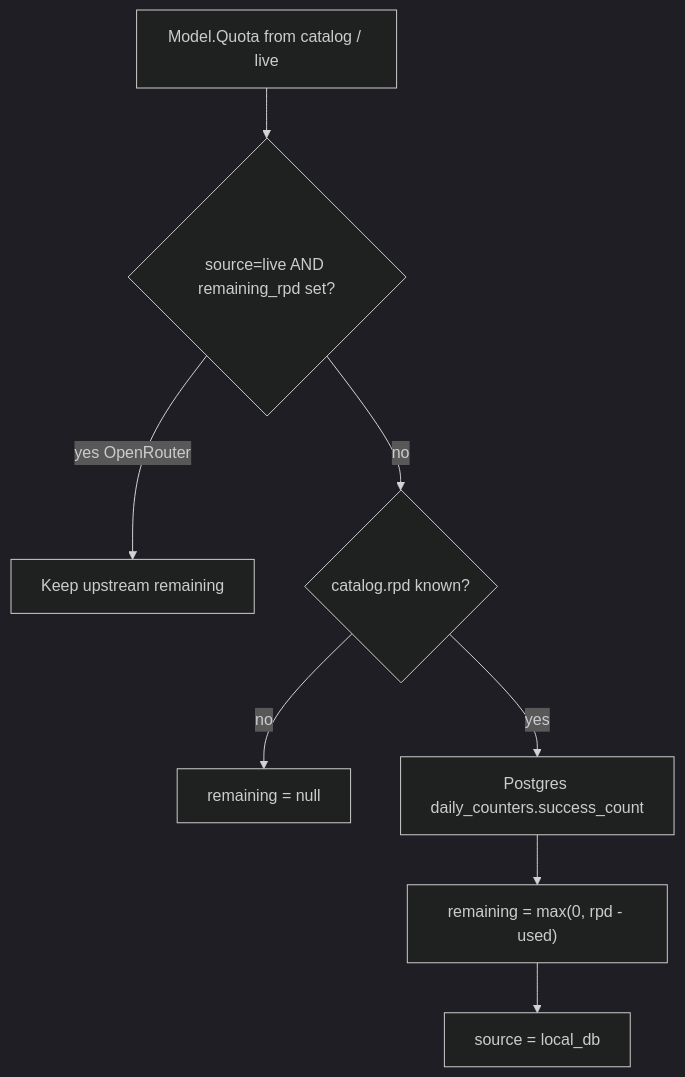
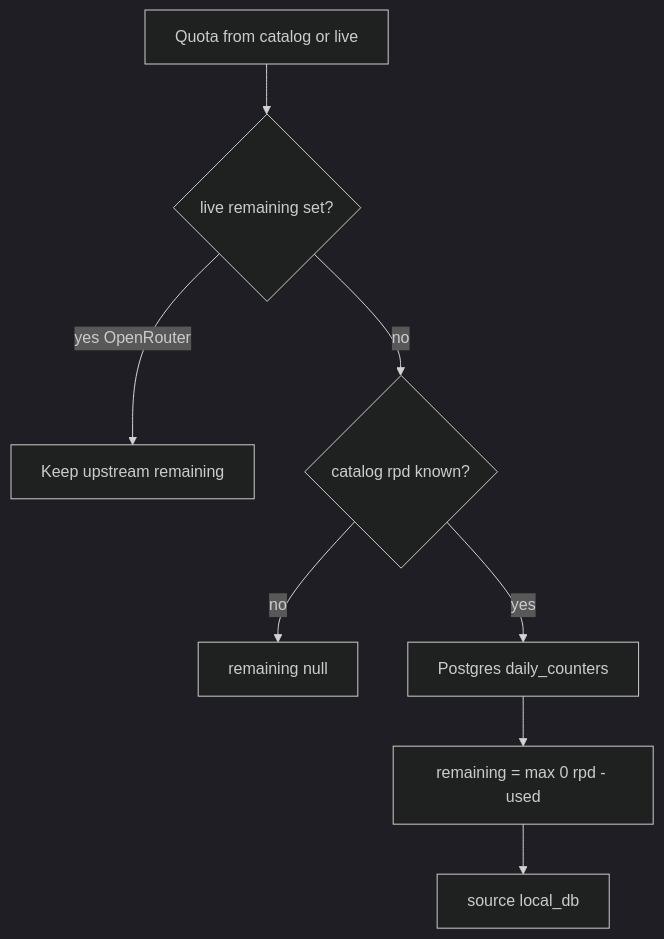
Before and after one commit to DaniilPodruchnyMgtuIu6/llm-proxy: the sixth of 10 diagrams in docs/architecture.md, drawn with Mermaid (dark theme). The commit also changed other lines of this file and 4 other files, not shown here.

Commit message:
Add Mermaid architecture viewer at /architecture.

````diff
--- a/docs/architecture.md
+++ b/docs/architecture.md
@@ -154,10 +158,10 @@
 ```mermaid
 flowchart TD
-  Start[Model.Quota from catalog / live] --> Live{source=live AND remaining_rpd set?}
+  Start[Quota from catalog or live] --> Live{live remaining set?}
   Live -->|yes OpenRouter| Keep[Keep upstream remaining]
-  Live -->|no| HasRPD{catalog.rpd known?}
-  HasRPD -->|no| Unk[remaining = null]
-  HasRPD -->|yes| DB[Postgres daily_counters.success_count]
-  DB --> Calc["remaining = max(0, rpd - used)"]
-  Calc --> Local[source = local_db]
+  Live -->|no| HasRPD{catalog rpd known?}
+  HasRPD -->|no| Unk[remaining null]
+  HasRPD -->|yes| DB[Postgres daily_counters]
+  DB --> Calc[remaining = max 0 rpd - used]
+  Calc --> Local[source local_db]
 ```
````
